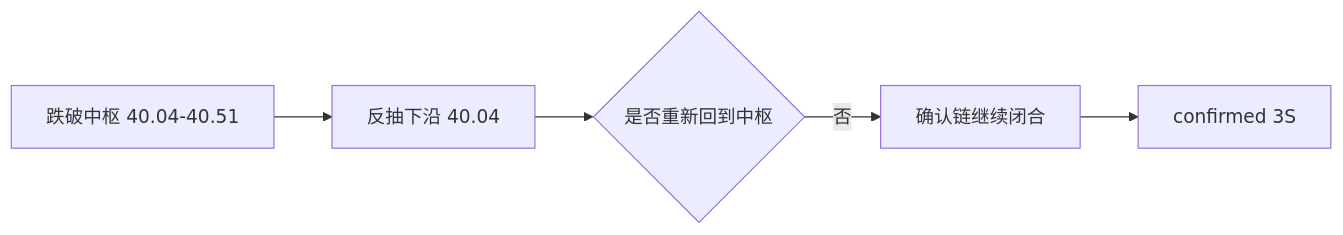
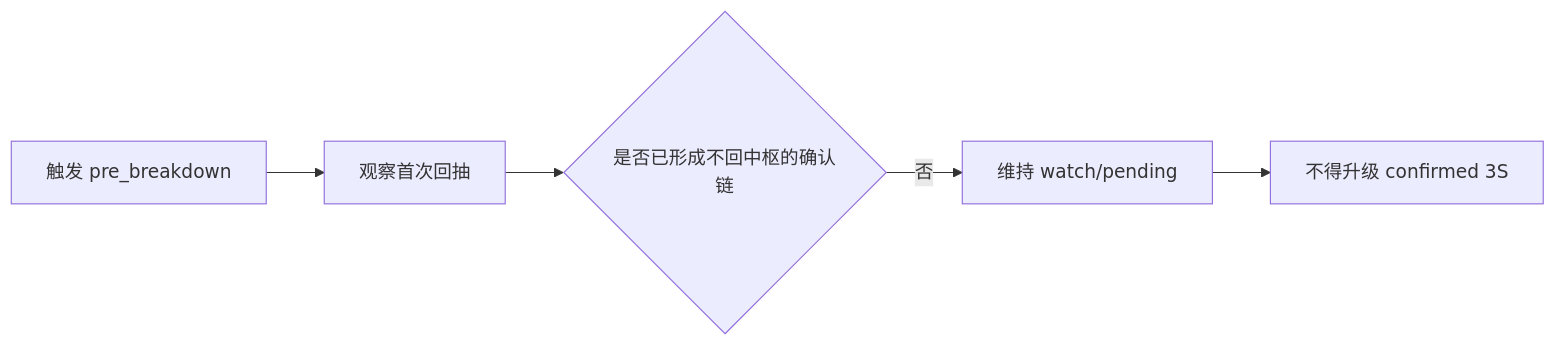
One commit to sinbawang/stock changed diagram 14 of 15 in docs/chanlun/zhongshu-visual-example-library.md. Above: the diagram before and after it, drawn with Mermaid. The commit also changed other lines of this file and 13 other files, not shown here.

````diff
--- a/docs/chanlun/zhongshu-visual-example-library.md
+++ b/docs/chanlun/zhongshu-visual-example-library.md
@@ -332,7 +334,7 @@
 ```mermaid
 flowchart LR
-  A[跌破中枢 40.04-40.51] --> B[反抽下沿 40.04]
-  B --> C{是否重新回到中枢}
-  C -- 否 --> D[确认链继续闭合]
-  D --> E[confirmed 3S]
+  A[触发 pre_breakdown] --> B[观察首次回抽]
+  B --> C{是否已形成不回中枢的确认链}
+  C -- 否 --> D[维持 watch/pending]
+  D --> E[不得升级 confirmed 3S]
 ```
````
